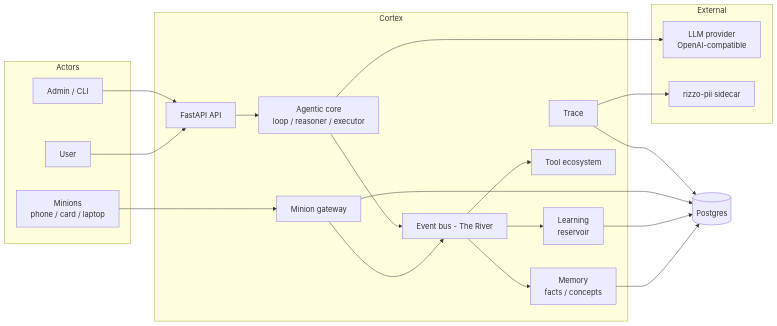
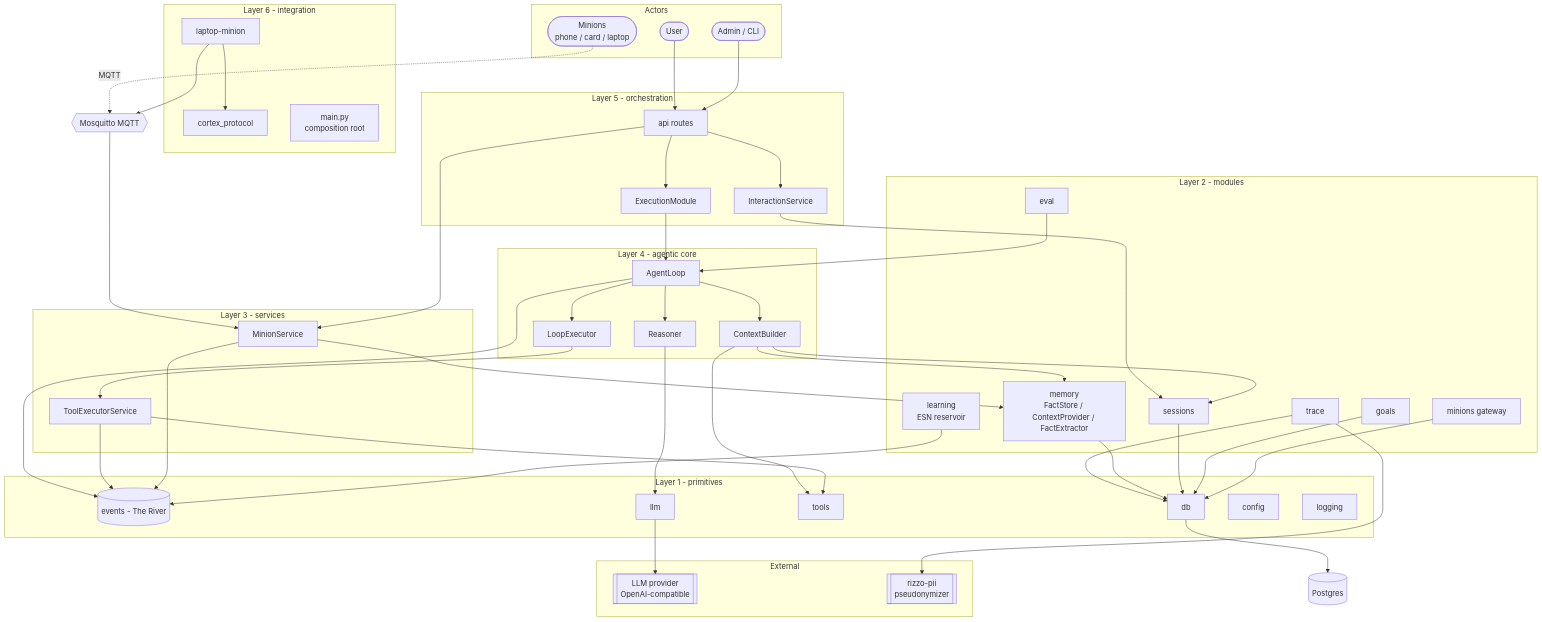
Before and after one commit to salvatorebottiglieri/botti-agent: the first of 3 diagrams in docs/specs/architecture.md, drawn with Mermaid. The commit also changed other lines of this file, not shown here.

Commit message:
docs(specs): single all-subsystems architecture diagram
Replace the coarse context diagram with one view covering every subsystem
by layer (integration, orchestration, agentic core, services, modules,
primitives), external systems (LLM provider, rizzo-pii) and data stores
(Postgres, Mosquitto), with runtime and MQTT edges. Validated by render.

````diff
--- a/docs/specs/architecture.md
+++ b/docs/specs/architecture.md
@@ -18,42 +22,98 @@
 ```mermaid
-flowchart LR
+flowchart TB
     subgraph Actors
-        User[User]
-        Minions[Minions<br/>phone / card / laptop]
-        Admin[Admin / CLI]
+        User([User])
+        Admin([Admin / CLI])
+        Edge([Minions<br/>phone / card / laptop])
     end
 
     subgraph External
-        LLM[LLM provider<br/>OpenAI-compatible]
-        Sidecar[rizzo-pii sidecar]
+        LLMProvider[[LLM provider<br/>OpenAI-compatible]]
+        Sidecar[[rizzo-pii<br/>pseudonymizer]]
     end
 
-    subgraph Cortex
-        API[FastAPI API]
-        River[Event bus - The River]
-        Core[Agentic core<br/>loop / reasoner / executor]
-        Memory[Memory<br/>facts / concepts]
-        Learning[Learning<br/>reservoir]
-        Tools[Tool ecosystem]
-        MinionGW[Minion gateway]
-        Trace[Trace]
+    subgraph L6["Layer 6 - integration"]
+        Protocol[cortex_protocol]
+        Laptop[laptop-minion]
+        Root[main.py<br/>composition root]
     end
 
-    DB[(Postgres)]
+    subgraph L5["Layer 5 - orchestration"]
+        API[api routes]
+        Execution[ExecutionModule]
+        Interaction[InteractionService]
+    end
+
+    subgraph L4["Layer 4 - agentic core"]
+        Loop[AgentLoop]
+        CtxBuilder[ContextBuilder]
+        Reasoner[Reasoner]
+        LoopExec[LoopExecutor]
+    end
+
+    subgraph L3["Layer 3 - services"]
+        ToolSvc[ToolExecutorService]
+        MinionSvc[MinionService]
+    end
+
+    subgraph L2["Layer 2 - modules"]
+        Sessions[sessions]
+        Memory[memory<br/>FactStore / ContextProvider / FactExtractor]
+        Goals[goals]
+        MinionsMod[minions gateway]
+        Trace[trace]
+        Eval[eval]
+        Learning[learning<br/>ESN reservoir]
+    end
+
+    subgraph L1["Layer 1 - primitives"]
+        River[(events - The River)]
+        LLM[llm]
+        Tools[tools]
+        DB[db]
+        Config[config]
+        Logging[logging]
+    end
+
+    PG[(Postgres)]
+    MQ{{Mosquitto MQTT}}
 
     User --> API
     Admin --> API
-    Minions --> MinionGW
-    MinionGW --> River
-    API --> Core
-    Core --> River
-    River --> Memory
-    River --> Learning
-    River --> Tools
-    Core --> LLM
+    Edge -. MQTT .-> MQ
+    Laptop --> MQ
+    MQ --> MinionSvc
+
+    API --> Execution
+    API --> Interaction
+    API --> MinionSvc
+    Execution --> Loop
+    Interaction --> Sessions
+
+    Loop --> CtxBuilder
+    Loop --> Reasoner
+    Loop --> LoopExec
+    Loop --> River
+    CtxBuilder --> Memory
+    CtxBuilder --> Sessions
+    CtxBuilder --> Tools
+    Reasoner --> LLM
+    LLM --> LLMProvider
+    LoopExec --> ToolSvc
+    ToolSvc --> Tools
+    ToolSvc --> River
+
+    MinionSvc --> Memory
+    MinionSvc --> River
+    Learning --> River
+    Eval --> Loop
+    Trace --> DB
     Trace --> Sidecar
+    Laptop --> Protocol
+
     Memory --> DB
-    Learning --> DB
-    MinionGW --> DB
-    Trace --> DB
+    Sessions --> DB
+    Goals --> DB
+    MinionsMod --> DB
+    DB --> PG
 ```
````
